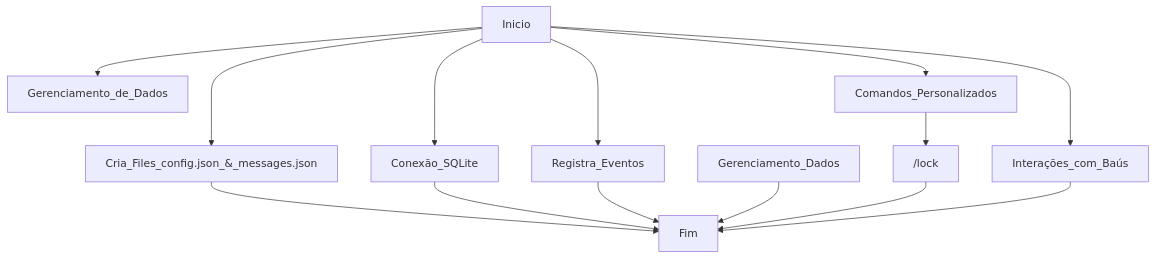
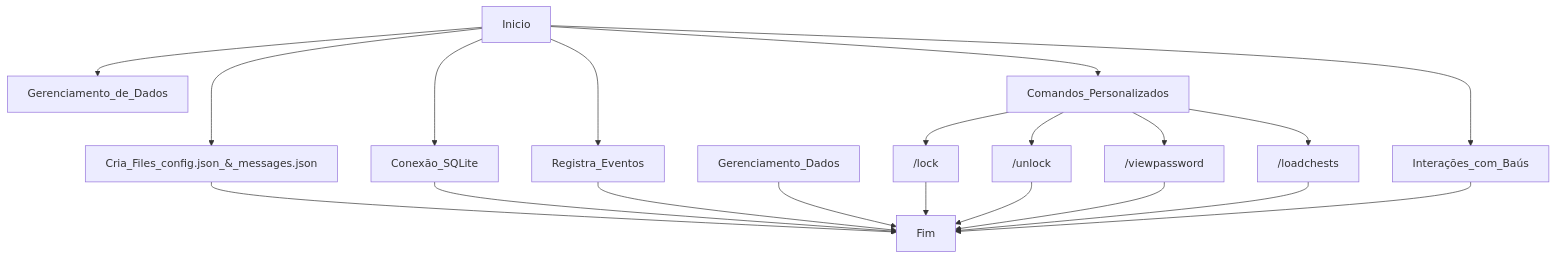
The diagram in README.md (astral123457/blockdata), drawn with Mermaid before and after one commit. The commit also changed other lines of this file, not shown here.

````diff
--- a/README.md
+++ b/README.md
@@ -20,21 +34,27 @@
 ```mermaid
 graph TD;
     Inicio-->Cria_Files_config.json_&_messages.json;
     Inicio-->Conexão_SQLite;
     Inicio-->Registra_Eventos;
     Inicio-->Gerenciamento_de_Dados;
 
     Inicio-->Comandos_Personalizados;
     Inicio-->Interações_com_Baús;
 
     Cria_Files_config.json_&_messages.json-->Fim;
     Conexão_SQLite-->Fim;
     Registra_Eventos-->Fim;
     Gerenciamento_Dados-->Fim;
 
     Comandos_Personalizados-->/lock;
+    Comandos_Personalizados-->/unlock;
+    Comandos_Personalizados-->/viewpassword;
+    Comandos_Personalizados-->/loadchests;
 
     /lock-->Fim;
+    /unlock-->Fim;
+    /viewpassword-->Fim;
+    /loadchests-->Fim;
 
     Interações_com_Baús-->Fim;
 ```
````
